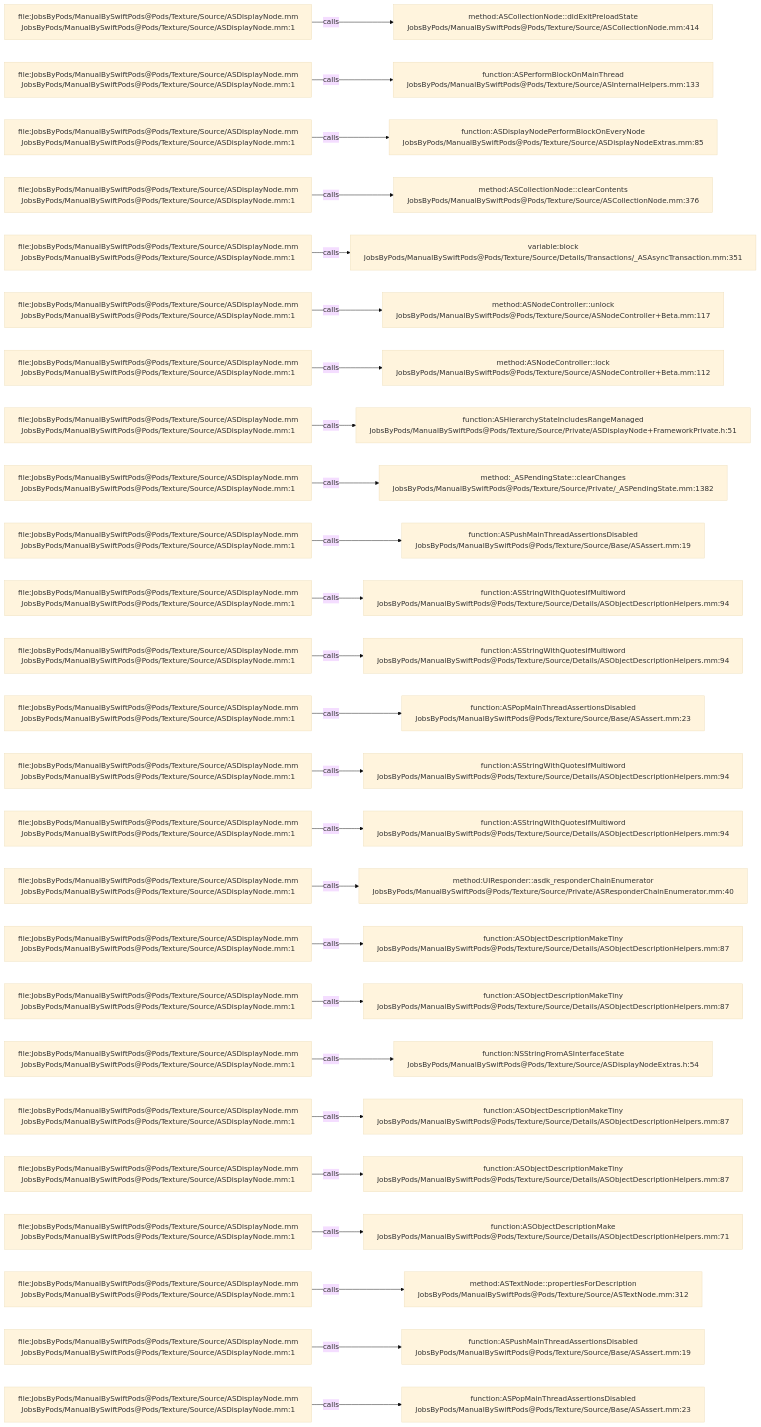
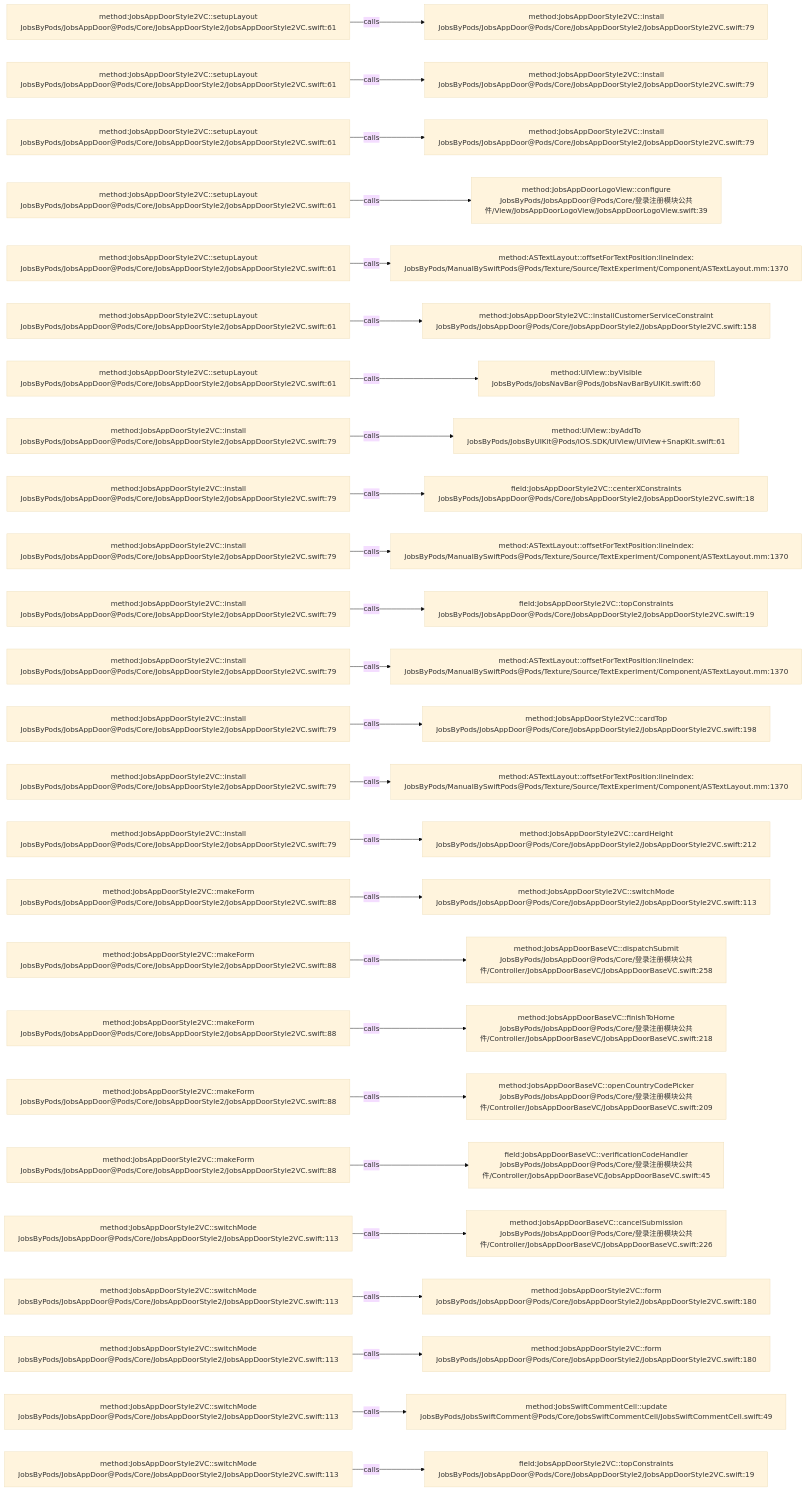
One commit to JobsKits/JobsSwiftBaseConfigDemo changed the diagram in .codegraph/codegraph.md/graphs/calls-036.md. Above: the diagram before and after it, drawn with Mermaid (base theme). The commit also changed 224 other files, not shown here.

````diff
--- a/.codegraph/codegraph.md/graphs/calls-036.md
+++ b/.codegraph/codegraph.md/graphs/calls-036.md
@@ -13,78 +13,78 @@
 ```mermaid
 flowchart LR
-  S1["file:JobsByPods/ManualBySwiftPods@Pods/Texture/Source/ASDisplayNode.mm<br/>JobsByPods/ManualBySwiftPods@Pods/Texture/Source/ASDisplayNode.mm:1"]
-  T1["method:ASCollectionNode::didExitPreloadState<br/>JobsByPods/ManualBySwiftPods@Pods/Texture/Source/ASCollectionNode.mm:414"]
+  S1["method:JobsAppDoorStyle2VC::setupLayout<br/>JobsByPods/JobsAppDoor@Pods/Core/JobsAppDoorStyle2/JobsAppDoorStyle2VC.swift:61"]
+  T1["method:JobsAppDoorStyle2VC::install<br/>JobsByPods/JobsAppDoor@Pods/Core/JobsAppDoorStyle2/JobsAppDoorStyle2VC.swift:79"]
   S1 -->|calls| T1
-  S2["file:JobsByPods/ManualBySwiftPods@Pods/Texture/Source/ASDisplayNode.mm<br/>JobsByPods/ManualBySwiftPods@Pods/Texture/Source/ASDisplayNode.mm:1"]
-  T2["function:ASPerformBlockOnMainThread<br/>JobsByPods/ManualBySwiftPods@Pods/Texture/Source/ASInternalHelpers.mm:133"]
+  S2["method:JobsAppDoorStyle2VC::setupLayout<br/>JobsByPods/JobsAppDoor@Pods/Core/JobsAppDoorStyle2/JobsAppDoorStyle2VC.swift:61"]
+  T2["method:JobsAppDoorStyle2VC::install<br/>JobsByPods/JobsAppDoor@Pods/Core/JobsAppDoorStyle2/JobsAppDoorStyle2VC.swift:79"]
   S2 -->|calls| T2
-  S3["file:JobsByPods/ManualBySwiftPods@Pods/Texture/Source/ASDisplayNode.mm<br/>JobsByPods/ManualBySwiftPods@Pods/Texture/Source/ASDisplayNode.mm:1"]
-  T3["function:ASDisplayNodePerformBlockOnEveryNode<br/>JobsByPods/ManualBySwiftPods@Pods/Texture/Source/ASDisplayNodeExtras.mm:85"]
+  S3["method:JobsAppDoorStyle2VC::setupLayout<br/>JobsByPods/JobsAppDoor@Pods/Core/JobsAppDoorStyle2/JobsAppDoorStyle2VC.swift:61"]
+  T3["method:JobsAppDoorStyle2VC::install<br/>JobsByPods/JobsAppDoor@Pods/Core/JobsAppDoorStyle2/JobsAppDoorStyle2VC.swift:79"]
   S3 -->|calls| T3
-  S4["file:JobsByPods/ManualBySwiftPods@Pods/Texture/Source/ASDisplayNode.mm<br/>JobsByPods/ManualBySwiftPods@Pods/Texture/Source/ASDisplayNode.mm:1"]
-  T4["method:ASCollectionNode::clearContents<br/>JobsByPods/ManualBySwiftPods@Pods/Texture/Source/ASCollectionNode.mm:376"]
+  S4["method:JobsAppDoorStyle2VC::setupLayout<br/>JobsByPods/JobsAppDoor@Pods/Core/JobsAppDoorStyle2/JobsAppDoorStyle2VC.swift:61"]
+  T4["method:JobsAppDoorLogoView::configure<br/>JobsByPods/JobsAppDoor@Pods/Core/登录注册模块公共件/View/JobsAppDoorLogoView/JobsAppDoorLogoView.swift:39"]
   S4 -->|calls| T4
-  S5["file:JobsByPods/ManualBySwiftPods@Pods/Texture/Source/ASDisplayNode.mm<br/>JobsByPods/ManualBySwiftPods@Pods/Texture/Source/ASDisplayNode.mm:1"]
-  T5["variable:block<br/>JobsByPods/ManualBySwiftPods@Pods/Texture/Source/Details/Transactions/_ASAsyncTransaction.mm:351"]
+  S5["method:JobsAppDoorStyle2VC::setupLayout<br/>JobsByPods/JobsAppDoor@Pods/Core/JobsAppDoorStyle2/JobsAppDoorStyle2VC.swift:61"]
+  T5["method:ASTextLayout::offsetForTextPosition:lineIndex:<br/>JobsByPods/ManualBySwiftPods@Pods/Texture/Source/TextExperiment/Component/ASTextLayout.mm:1370"]
   S5 -->|calls| T5
-  S6["file:JobsByPods/ManualBySwiftPods@Pods/Texture/Source/ASDisplayNode.mm<br/>JobsByPods/ManualBySwiftPods@Pods/Texture/Source/ASDisplayNode.mm:1"]
-  T6["method:ASNodeController::unlock<br/>JobsByPods/ManualBySwiftPods@Pods/Texture/Source/ASNodeController+Beta.mm:117"]
+  S6["method:JobsAppDoorStyle2VC::setupLayout<br/>JobsByPods/JobsAppDoor@Pods/Core/JobsAppDoorStyle2/JobsAppDoorStyle2VC.swift:61"]
+  T6["method:JobsAppDoorStyle2VC::installCustomerServiceConstraint<br/>JobsByPods/JobsAppDoor@Pods/Core/JobsAppDoorStyle2/JobsAppDoorStyle2VC.swift:158"]
   S6 -->|calls| T6
-  S7["file:JobsByPods/ManualBySwiftPods@Pods/Texture/Source/ASDisplayNode.mm<br/>JobsByPods/ManualBySwiftPods@Pods/Texture/Source/ASDisplayNode.mm:1"]
-  T7["method:ASNodeController::lock<br/>JobsByPods/ManualBySwiftPods@Pods/Texture/Source/ASNodeController+Beta.mm:112"]
+  S7["method:JobsAppDoorStyle2VC::setupLayout<br/>JobsByPods/JobsAppDoor@Pods/Core/JobsAppDoorStyle2/JobsAppDoorStyle2VC.swift:61"]
+  T7["method:UIView::byVisible<br/>JobsByPods/JobsNavBar@Pods/JobsNavBarByUIKit.swift:60"]
   S7 -->|calls| T7
-  S8["file:JobsByPods/ManualBySwiftPods@Pods/Texture/Source/ASDisplayNode.mm<br/>JobsByPods/ManualBySwiftPods@Pods/Texture/Source/ASDisplayNode.mm:1"]
-  T8["function:ASHierarchyStateIncludesRangeManaged<br/>JobsByPods/ManualBySwiftPods@Pods/Texture/Source/Private/ASDisplayNode+FrameworkPrivate.h:51"]
+  S8["method:JobsAppDoorStyle2VC::install<br/>JobsByPods/JobsAppDoor@Pods/Core/JobsAppDoorStyle2/JobsAppDoorStyle2VC.swift:79"]
+  T8["method:UIView::byAddTo<br/>JobsByPods/JobsByUIKit@Pods/iOS.SDK/UIView/UIView+SnapKit.swift:61"]
   S8 -->|calls| T8
-  S9["file:JobsByPods/ManualBySwiftPods@Pods/Texture/Source/ASDisplayNode.mm<br/>JobsByPods/ManualBySwiftPods@Pods/Texture/Source/ASDisplayNode.mm:1"]
-  T9["method:_ASPendingState::clearChanges<br/>JobsByPods/ManualBySwiftPods@Pods/Texture/Source/Private/_ASPendingState.mm:1382"]
+  S9["method:JobsAppDoorStyle2VC::install<br/>JobsByPods/JobsAppDoor@Pods/Core/JobsAppDoorStyle2/JobsAppDoorStyle2VC.swift:79"]
+  T9["field:JobsAppDoorStyle2VC::centerXConstraints<br/>JobsByPods/JobsAppDoor@Pods/Core/JobsAppDoorStyle2/JobsAppDoorStyle2VC.swift:18"]
   S9 -->|calls| T9
-  S10["file:JobsByPods/ManualBySwiftPods@Pods/Texture/Source/ASDisplayNode.mm<br/>JobsByPods/ManualBySwiftPods@Pods/Texture/Source/ASDisplayNode.mm:1"]
-  T10["function:ASPushMainThreadAssertionsDisabled<br/>JobsByPods/ManualBySwiftPods@Pods/Texture/Source/Base/ASAssert.mm:19"]
+  S10["method:JobsAppDoorStyle2VC::install<br/>JobsByPods/JobsAppDoor@Pods/Core/JobsAppDoorStyle2/JobsAppDoorStyle2VC.swift:79"]
+  T10["method:ASTextLayout::offsetForTextPosition:lineIndex:<br/>JobsByPods/ManualBySwiftPods@Pods/Texture/Source/TextExperiment/Component/ASTextLayout.mm:1370"]
   S10 -->|calls| T10
-  S11["file:JobsByPods/ManualBySwiftPods@Pods/Texture/Source/ASDisplayNode.mm<br/>JobsByPods/ManualBySwiftPods@Pods/Texture/Source/ASDisplayNode.mm:1"]
-  T11["function:ASStringWithQuotesIfMultiword<br/>JobsByPods/ManualBySwiftPods@Pods/Texture/Source/Details/ASObjectDescriptionHelpers.mm:94"]
+  S11["method:JobsAppDoorStyle2VC::install<br/>JobsByPods/JobsAppDoor@Pods/Core/JobsAppDoorStyle2/JobsAppDoorStyle2VC.swift:79"]
+  T11["field:JobsAppDoorStyle2VC::topConstraints<br/>JobsByPods/JobsAppDoor@Pods/Core/JobsAppDoorStyle2/JobsAppDoorStyle2VC.swift:19"]
   S11 -->|calls| T11
-  S12["file:JobsByPods/ManualBySwiftPods@Pods/Texture/Source/ASDisplayNode.mm<br/>JobsByPods/ManualBySwiftPods@Pods/Texture/Source/ASDisplayNode.mm:1"]
-  T12["function:ASStringWithQuotesIfMultiword<br/>JobsByPods/ManualBySwiftPods@Pods/Texture/Source/Details/ASObjectDescriptionHelpers.mm:94"]
+  S12["method:JobsAppDoorStyle2VC::install<br/>JobsByPods/JobsAppDoor@Pods/Core/JobsAppDoorStyle2/JobsAppDoorStyle2VC.swift:79"]
+  T12["method:ASTextLayout::offsetForTextPosition:lineIndex:<br/>JobsByPods/ManualBySwiftPods@Pods/Texture/Source/TextExperiment/Component/ASTextLayout.mm:1370"]
   S12 -->|calls| T12
-  S13["file:JobsByPods/ManualBySwiftPods@Pods/Texture/Source/ASDisplayNode.mm<br/>JobsByPods/ManualBySwiftPods@Pods/Texture/Source/ASDisplayNode.mm:1"]
-  T13["function:ASPopMainThreadAssertionsDisabled<br/>JobsByPods/ManualBySwiftPods@Pods/Texture/Source/Base/ASAssert.mm:23"]
+  S13["method:JobsAppDoorStyle2VC::install<br/>JobsByPods/JobsAppDoor@Pods/Core/JobsAppDoorStyle2/JobsAppDoorStyle2VC.swift:79"]
+  T13["method:JobsAppDoorStyle2VC::cardTop<br/>JobsByPods/JobsAppDoor@Pods/Core/JobsAppDoorStyle2/JobsAppDoorStyle2VC.swift:198"]
   S13 -->|calls| T13
-  S14["file:JobsByPods/ManualBySwiftPods@Pods/Texture/Source/ASDisplayNode.mm<br/>JobsByPods/ManualBySwiftPods@Pods/Texture/Source/ASDisplayNode.mm:1"]
-  T14["function:ASStringWithQuotesIfMultiword<br/>JobsByPods/ManualBySwiftPods@Pods/Texture/Source/Details/ASObjectDescriptionHelpers.mm:94"]
+  S14["method:JobsAppDoorStyle2VC::install<br/>JobsByPods/JobsAppDoor@Pods/Core/JobsAppDoorStyle2/JobsAppDoorStyle2VC.swift:79"]
+  T14["method:ASTextLayout::offsetForTextPosition:lineIndex:<br/>JobsByPods/ManualBySwiftPods@Pods/Texture/Source/TextExperiment/Component/ASTextLayout.mm:1370"]
   S14 -->|calls| T14
-  S15["file:JobsByPods/ManualBySwiftPods@Pods/Texture/Source/ASDisplayNode.mm<br/>JobsByPods/ManualBySwiftPods@Pods/Texture/Source/ASDisplayNode.mm:1"]
-  T15["function:ASStringWithQuotesIfMultiword<br/>JobsByPods/ManualBySwiftPods@Pods/Texture/Source/Details/ASObjectDescriptionHelpers.mm:94"]
+  S15["method:JobsAppDoorStyle2VC::install<br/>JobsByPods/JobsAppDoor@Pods/Core/JobsAppDoorStyle2/JobsAppDoorStyle2VC.swift:79"]
+  T15["method:JobsAppDoorStyle2VC::cardHeight<br/>JobsByPods/JobsAppDoor@Pods/Core/JobsAppDoorStyle2/JobsAppDoorStyle2VC.swift:212"]
   S15 -->|calls| T15
-  S16["file:JobsByPods/ManualBySwiftPods@Pods/Texture/Source/ASDisplayNode.mm<br/>JobsByPods/ManualBySwiftPods@Pods/Texture/Source/ASDisplayNode.mm:1"]
-  T16["method:UIResponder::asdk_responderChainEnumerator<br/>JobsByPods/ManualBySwiftPods@Pods/Texture/Source/Private/ASResponderChainEnumerator.mm:40"]
+  S16["method:JobsAppDoorStyle2VC::makeForm<br/>JobsByPods/JobsAppDoor@Pods/Core/JobsAppDoorStyle2/JobsAppDoorStyle2VC.swift:88"]
+  T16["method:JobsAppDoorStyle2VC::switchMode<br/>JobsByPods/JobsAppDoor@Pods/Core/JobsAppDoorStyle2/JobsAppDoorStyle2VC.swift:113"]
   S16 -->|calls| T16
-  S17["file:JobsByPods/ManualBySwiftPods@Pods/Texture/Source/ASDisplayNode.mm<br/>JobsByPods/ManualBySwiftPods@Pods/Texture/Source/ASDisplayNode.mm:1"]
-  T17["function:ASObjectDescriptionMakeTiny<br/>JobsByPods/ManualBySwiftPods@Pods/Texture/Source/Details/ASObjectDescriptionHelpers.mm:87"]
+  S17["method:JobsAppDoorStyle2VC::makeForm<br/>JobsByPods/JobsAppDoor@Pods/Core/JobsAppDoorStyle2/JobsAppDoorStyle2VC.swift:88"]
+  T17["method:JobsAppDoorBaseVC::dispatchSubmit<br/>JobsByPods/JobsAppDoor@Pods/Core/登录注册模块公共件/Controller/JobsAppDoorBaseVC/JobsAppDoorBaseVC.swift:258"]
   S17 -->|calls| T17
-  S18["file:JobsByPods/ManualBySwiftPods@Pods/Texture/Source/ASDisplayNode.mm<br/>JobsByPods/ManualBySwiftPods@Pods/Texture/Source/ASDisplayNode.mm:1"]
-  T18["function:ASObjectDescriptionMakeTiny<br/>JobsByPods/ManualBySwiftPods@Pods/Texture/Source/Details/ASObjectDescriptionHelpers.mm:87"]
+  S18["method:JobsAppDoorStyle2VC::makeForm<br/>JobsByPods/JobsAppDoor@Pods/Core/JobsAppDoorStyle2/JobsAppDoorStyle2VC.swift:88"]
+  T18["method:JobsAppDoorBaseVC::finishToHome<br/>JobsByPods/JobsAppDoor@Pods/Core/登录注册模块公共件/Controller/JobsAppDoorBaseVC/JobsAppDoorBaseVC.swift:218"]
   S18 -->|calls| T18
-  S19["file:JobsByPods/ManualBySwiftPods@Pods/Texture/Source/ASDisplayNode.mm<br/>JobsByPods/ManualBySwiftPods@Pods/Texture/Source/ASDisplayNode.mm:1"]
-  T19["function:NSStringFromASInterfaceState<br/>JobsByPods/ManualBySwiftPods@Pods/Texture/Source/ASDisplayNodeExtras.h:54"]
+  S19["method:JobsAppDoorStyle2VC::makeForm<br/>JobsByPods/JobsAppDoor@Pods/Core/JobsAppDoorStyle2/JobsAppDoorStyle2VC.swift:88"]
+  T19["method:JobsAppDoorBaseVC::openCountryCodePicker<br/>JobsByPods/JobsAppDoor@Pods/Core/登录注册模块公共件/Controller/JobsAppDoorBaseVC/JobsAppDoorBaseVC.swift:209"]
   S19 -->|calls| T19
-  S20["file:JobsByPods/ManualBySwiftPods@Pods/Texture/Source/ASDisplayNode.mm<br/>JobsByPods/ManualBySwiftPods@Pods/Texture/Source/ASDisplayNode.mm:1"]
-  T20["function:ASObjectDescriptionMakeTiny<br/>JobsByPods/ManualBySwiftPods@Pods/Texture/Source/Details/ASObjectDescriptionHelpers.mm:87"]
+  S20["method:JobsAppDoorStyle2VC::makeForm<br/>JobsByPods/JobsAppDoor@Pods/Core/JobsAppDoorStyle2/JobsAppDoorStyle2VC.swift:88"]
+  T20["field:JobsAppDoorBaseVC::verificationCodeHandler<br/>JobsByPods/JobsAppDoor@Pods/Core/登录注册模块公共件/Controller/JobsAppDoorBaseVC/JobsAppDoorBaseVC.swift:45"]
   S20 -->|calls| T20
-  S21["file:JobsByPods/ManualBySwiftPods@Pods/Texture/Source/ASDisplayNode.mm<br/>JobsByPods/ManualBySwiftPods@Pods/Texture/Source/ASDisplayNode.mm:1"]
-  T21["function:ASObjectDescriptionMakeTiny<br/>JobsByPods/ManualBySwiftPods@Pods/Texture/Source/Details/ASObjectDescriptionHelpers.mm:87"]
+  S21["method:JobsAppDoorStyle2VC::switchMode<br/>JobsByPods/JobsAppDoor@Pods/Core/JobsAppDoorStyle2/JobsAppDoorStyle2VC.swift:113"]
+  T21["method:JobsAppDoorBaseVC::cancelSubmission<br/>JobsByPods/JobsAppDoor@Pods/Core/登录注册模块公共件/Controller/JobsAppDoorBaseVC/JobsAppDoorBaseVC.swift:226"]
   S21 -->|calls| T21
-  S22["file:JobsByPods/ManualBySwiftPods@Pods/Texture/Source/ASDisplayNode.mm<br/>JobsByPods/ManualBySwiftPods@Pods/Texture/Source/ASDisplayNode.mm:1"]
-  T22["function:ASObjectDescriptionMake<br/>JobsByPods/ManualBySwiftPods@Pods/Texture/Source/Details/ASObjectDescriptionHelpers.mm:71"]
+  S22["method:JobsAppDoorStyle2VC::switchMode<br/>JobsByPods/JobsAppDoor@Pods/Core/JobsAppDoorStyle2/JobsAppDoorStyle2VC.swift:113"]
+  T22["method:JobsAppDoorStyle2VC::form<br/>JobsByPods/JobsAppDoor@Pods/Core/JobsAppDoorStyle2/JobsAppDoorStyle2VC.swift:180"]
   S22 -->|calls| T22
-  S23["file:JobsByPods/ManualBySwiftPods@Pods/Texture/Source/ASDisplayNode.mm<br/>JobsByPods/ManualBySwiftPods@Pods/Texture/Source/ASDisplayNode.mm:1"]
-  T23["method:ASTextNode::propertiesForDescription<br/>JobsByPods/ManualBySwiftPods@Pods/Texture/Source/ASTextNode.mm:312"]
+  S23["method:JobsAppDoorStyle2VC::switchMode<br/>JobsByPods/JobsAppDoor@Pods/Core/JobsAppDoorStyle2/JobsAppDoorStyle2VC.swift:113"]
+  T23["method:JobsAppDoorStyle2VC::form<br/>JobsByPods/JobsAppDoor@Pods/Core/JobsAppDoorStyle2/JobsAppDoorStyle2VC.swift:180"]
   S23 -->|calls| T23
-  S24["file:JobsByPods/ManualBySwiftPods@Pods/Texture/Source/ASDisplayNode.mm<br/>JobsByPods/ManualBySwiftPods@Pods/Texture/Source/ASDisplayNode.mm:1"]
-  T24["function:ASPushMainThreadAssertionsDisabled<br/>JobsByPods/ManualBySwiftPods@Pods/Texture/Source/Base/ASAssert.mm:19"]
+  S24["method:JobsAppDoorStyle2VC::switchMode<br/>JobsByPods/JobsAppDoor@Pods/Core/JobsAppDoorStyle2/JobsAppDoorStyle2VC.swift:113"]
+  T24["method:JobsSwiftCommentCell::update<br/>JobsByPods/JobsSwiftComment@Pods/Core/JobsSwiftCommentCell/JobsSwiftCommentCell.swift:49"]
   S24 -->|calls| T24
-  S25["file:JobsByPods/ManualBySwiftPods@Pods/Texture/Source/ASDisplayNode.mm<br/>JobsByPods/ManualBySwiftPods@Pods/Texture/Source/ASDisplayNode.mm:1"]
-  T25["function:ASPopMainThreadAssertionsDisabled<br/>JobsByPods/ManualBySwiftPods@Pods/Texture/Source/Base/ASAssert.mm:23"]
+  S25["method:JobsAppDoorStyle2VC::switchMode<br/>JobsByPods/JobsAppDoor@Pods/Core/JobsAppDoorStyle2/JobsAppDoorStyle2VC.swift:113"]
+  T25["field:JobsAppDoorStyle2VC::topConstraints<br/>JobsByPods/JobsAppDoor@Pods/Core/JobsAppDoorStyle2/JobsAppDoorStyle2VC.swift:19"]
   S25 -->|calls| T25
 ```
````
